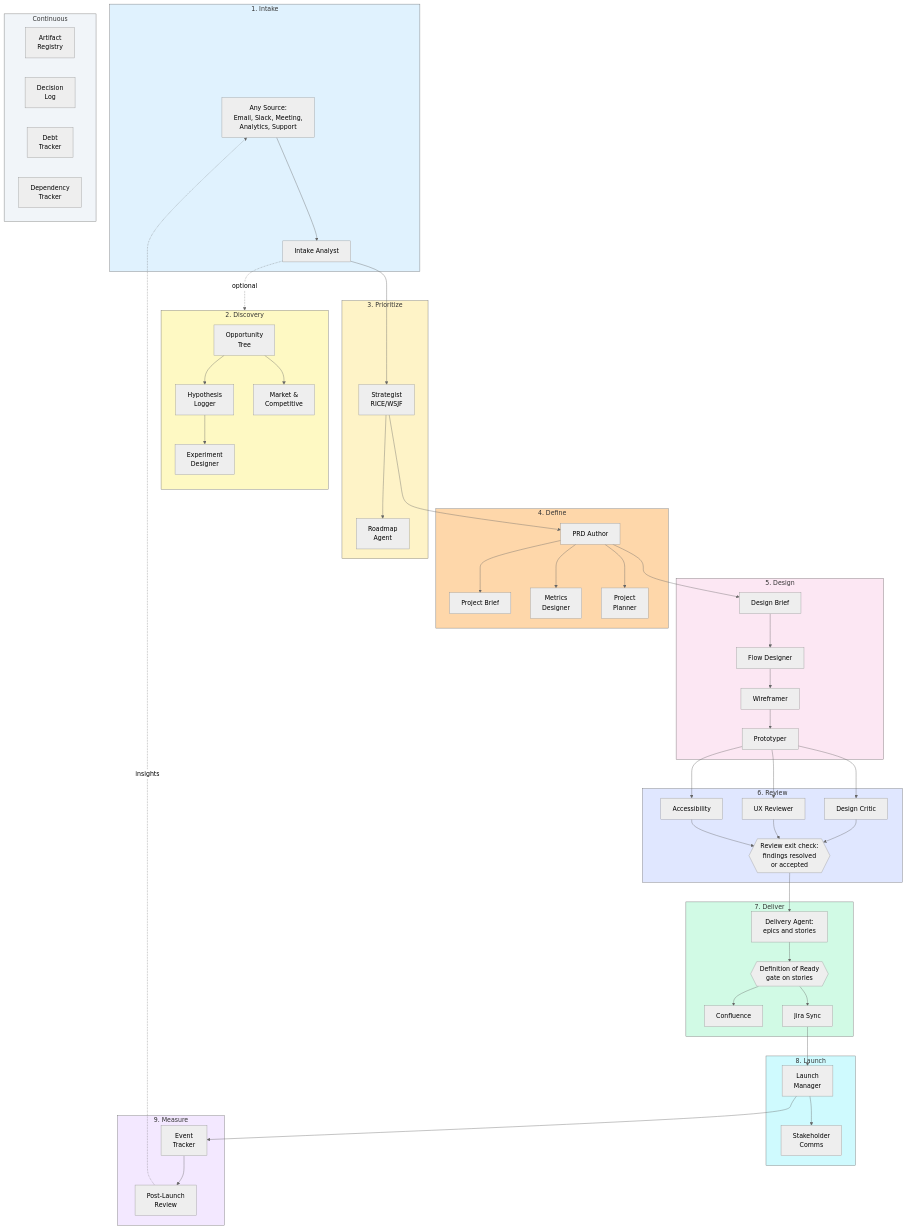
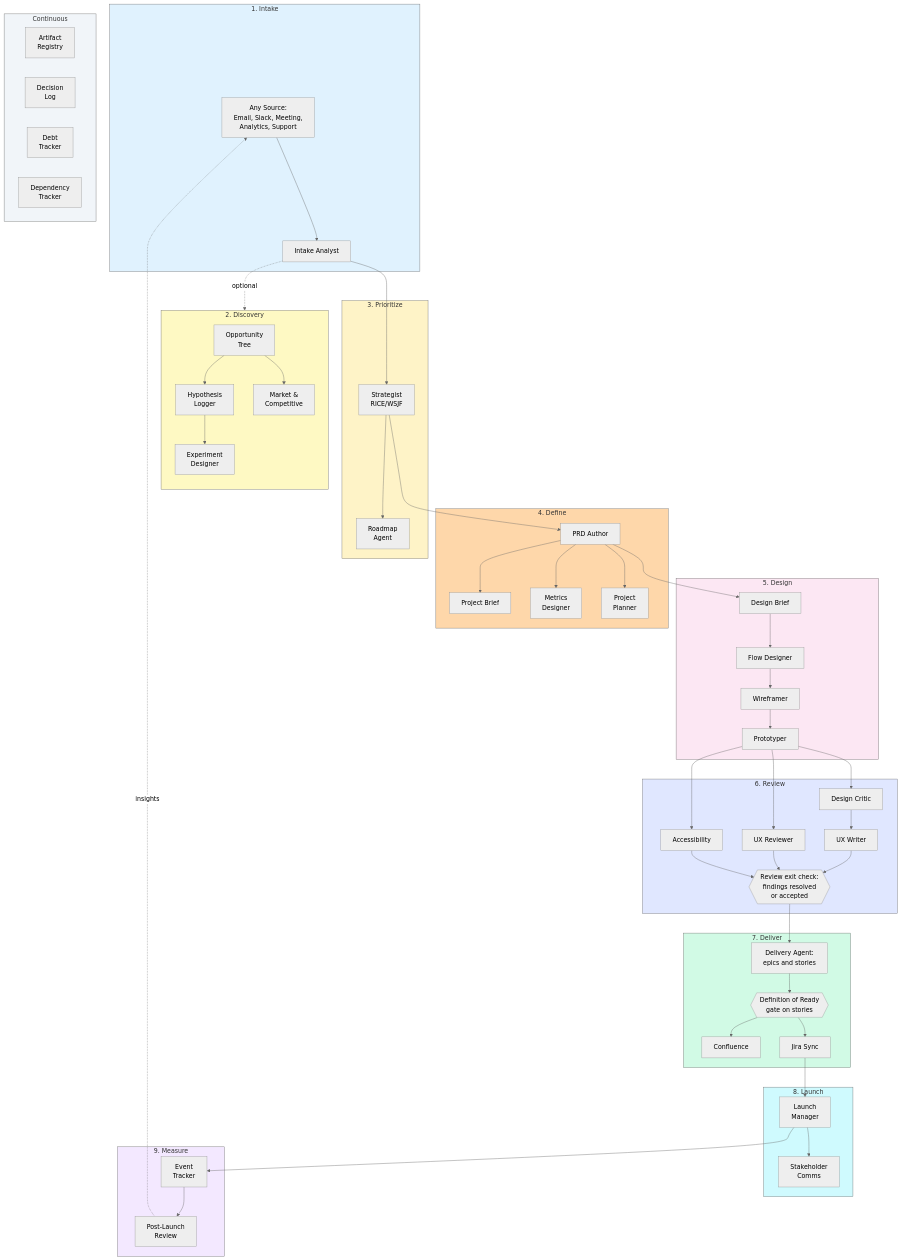
Before and after one commit to johnedelatorre/product-os: the first of 2 diagrams in README.md, drawn with Mermaid (neutral theme). The commit also changed other lines of this file and 84 other files, not shown here.

```diff
--- a/README.md
+++ b/README.md
@@ -396,12 +426,14 @@
     subgraph REVIEW["6. Review"]
         CRIT[Design Critic]
         UX[UX Reviewer]
+        UXW[UX Writer]
         A11Y[Accessibility]
         EXIT{{Review exit check:<br/>findings resolved<br/>or accepted}}
         PROTO --> CRIT
         PROTO --> UX
         PROTO --> A11Y
-        CRIT --> EXIT
+        CRIT --> UXW
+        UXW --> EXIT
         UX --> EXIT
         A11Y --> EXIT
     end
```
